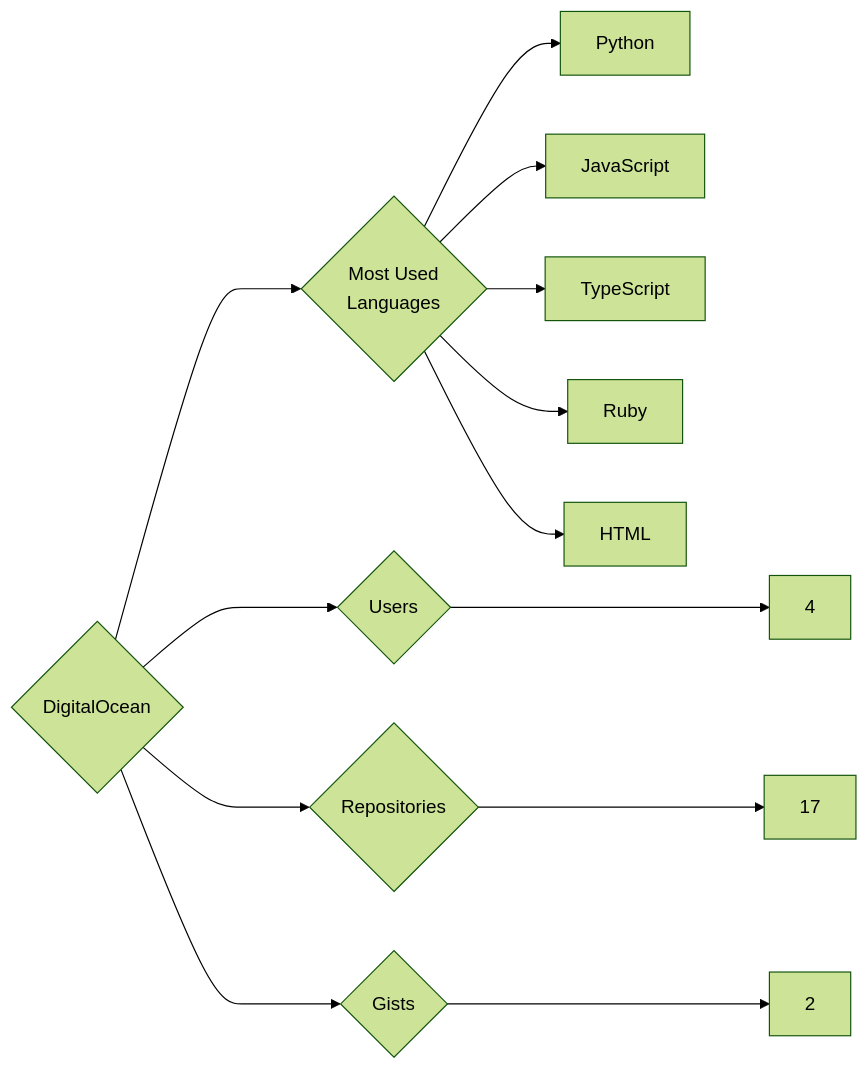
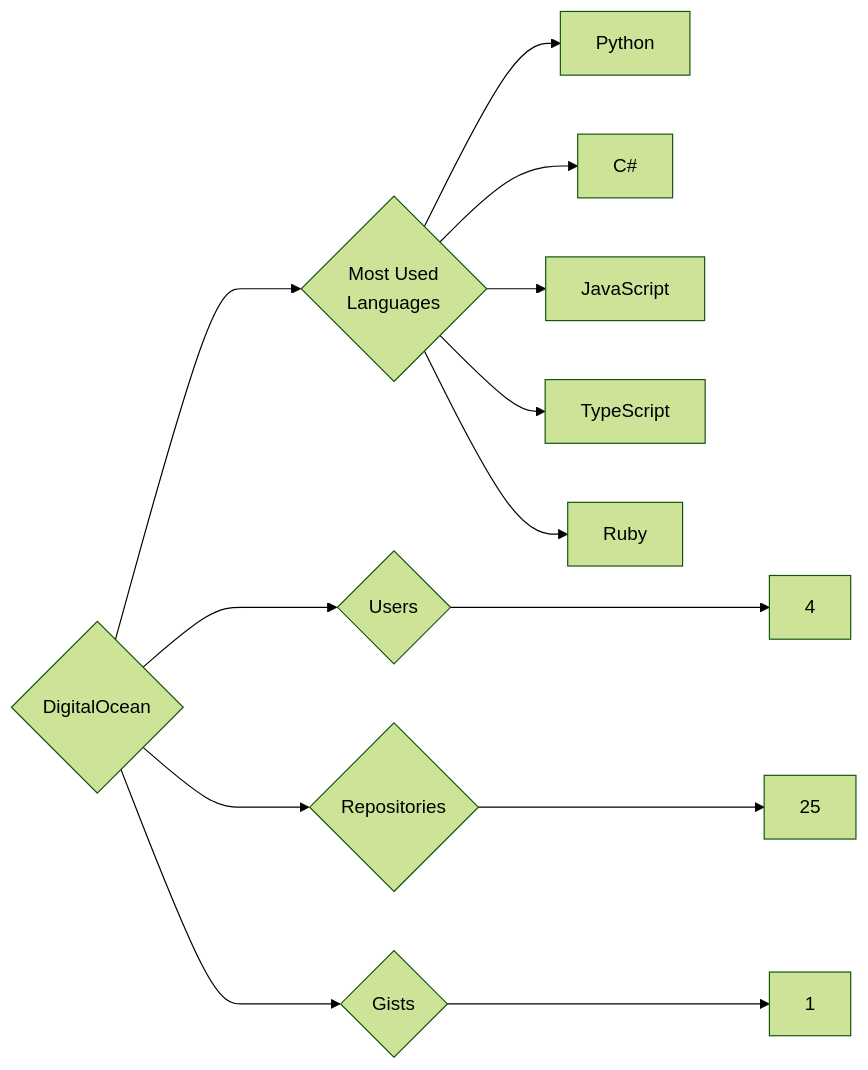
The diagram in targets/DigitalOcean/README.md (trickest/insiders), drawn with Mermaid (forest theme) before and after one commit. The commit also changed 1092 other files, not shown here.

````diff
--- a/targets/DigitalOcean/README.md
+++ b/targets/DigitalOcean/README.md
@@ -3,13 +3,13 @@
 ```mermaid
 graph LR
 COMPANY_NAME{DigitalOcean}
 COMPANY_NAME ---> U{Users} ---> UN[4]
-COMPANY_NAME ---> R{Repositories} ---> RN[17]
-COMPANY_NAME ---> G{Gists} ---> GN[2]
+COMPANY_NAME ---> R{Repositories} ---> RN[25]
+COMPANY_NAME ---> G{Gists} ---> GN[1]
 COMPANY_NAME ---> ML{Most Used<br>Languages}
 ML --> Python[Python]
+ML --> C#[C#]
 ML --> JavaScript[JavaScript]
 ML --> TypeScript[TypeScript]
 ML --> Ruby[Ruby]
-ML --> HTML[HTML]
 ```
````
